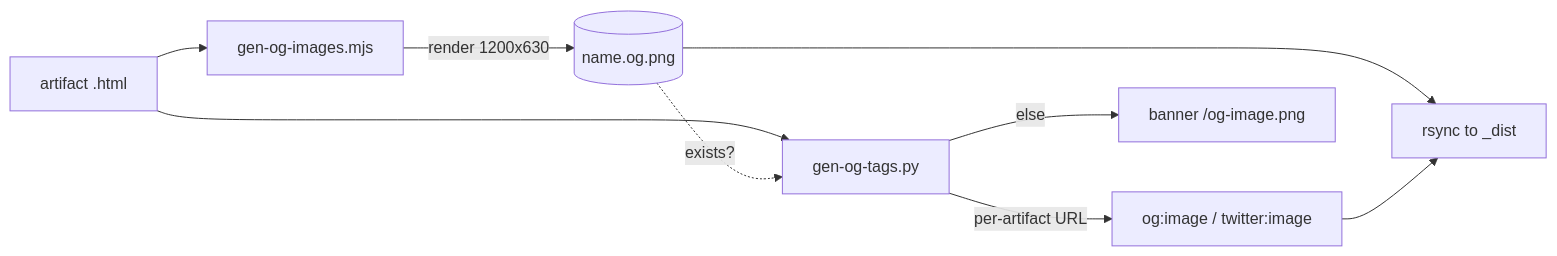
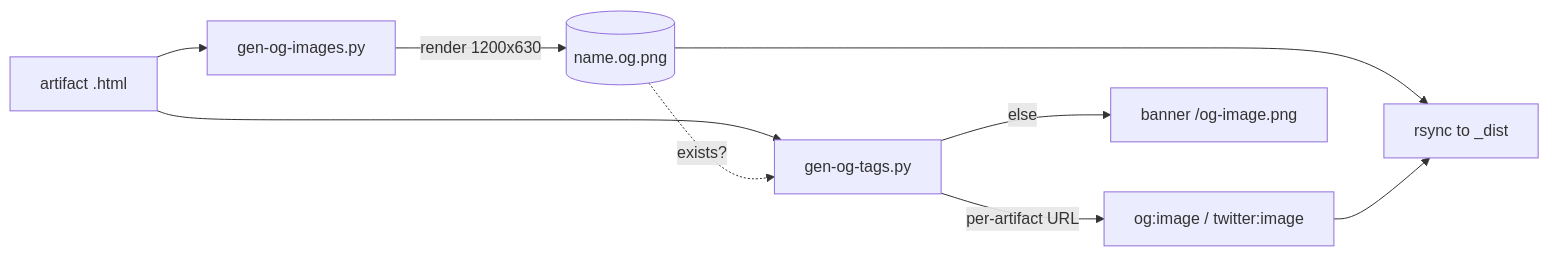
The second of 2 diagrams in artifacts/specs/83-per-artifact-open-graph-preview-images-spec.mdx (Roxabi/roxabi-forge), drawn with Mermaid before and after one commit. The commit also changed other lines of this file and 1 other file, not shown here.

````diff
--- a/artifacts/specs/83-per-artifact-open-graph-preview-images-spec.mdx
+++ b/artifacts/specs/83-per-artifact-open-graph-preview-images-spec.mdx
@@ -88,11 +98,11 @@
 ```mermaid
 flowchart LR
-    H[artifact .html] --> G[gen-og-images.mjs]
+    H[artifact .html] --> G[gen-og-images.py]
     G -->|render 1200x630| P[(name.og.png)]
     H --> T[gen-og-tags.py]
     P -.->|exists?| T
     T -->|per-artifact URL| M[og:image / twitter:image]
     T -->|else| B[banner /og-image.png]
     P --> R[rsync to _dist]
     M --> R
 ```
````
